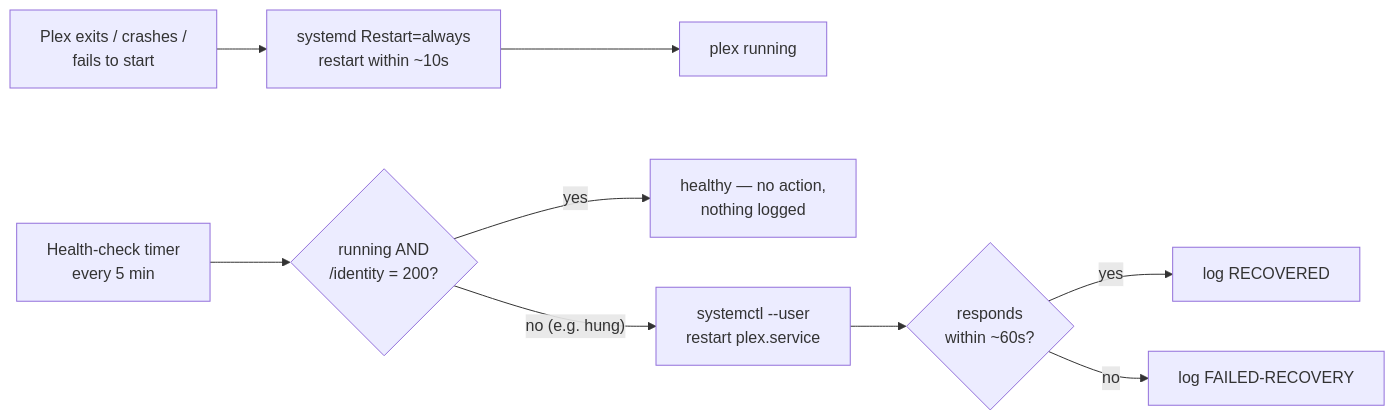
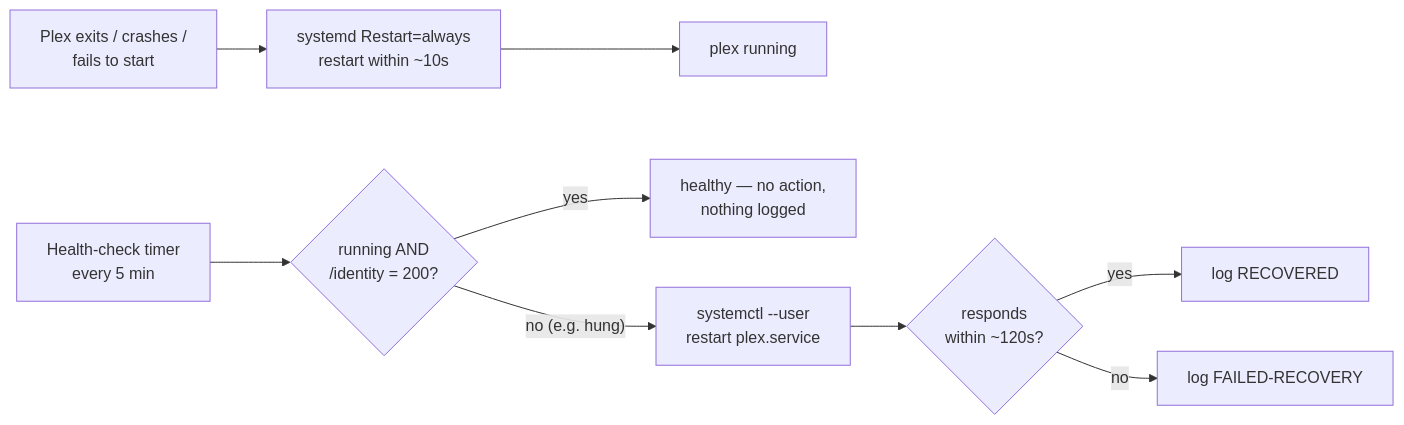
The diagram in README.md (adr41n/podman-infra), drawn with Mermaid before and after one commit. The commit also changed other lines of this file and 3 other files, not shown here.

````diff
--- a/README.md
+++ b/README.md
@@ -49,11 +51,11 @@
 ```mermaid
 flowchart LR
   Crash["Plex exits / crashes /<br/>fails to start"] --> SD["systemd Restart=always<br/>restart within ~10s"]
   SD --> Up["plex running"]
   Timer["Health-check timer<br/>every 5 min"] --> Chk{"running AND<br/>/identity = 200?"}
   Chk -- yes --> OK["healthy — no action,<br/>nothing logged"]
   Chk -- "no (e.g. hung)" --> R["systemctl --user<br/>restart plex.service"]
-  R --> Wait{"responds<br/>within ~60s?"}
+  R --> Wait{"responds<br/>within ~120s?"}
   Wait -- yes --> Rec["log RECOVERED"]
   Wait -- no --> Fail["log FAILED-RECOVERY"]
 ```
````
